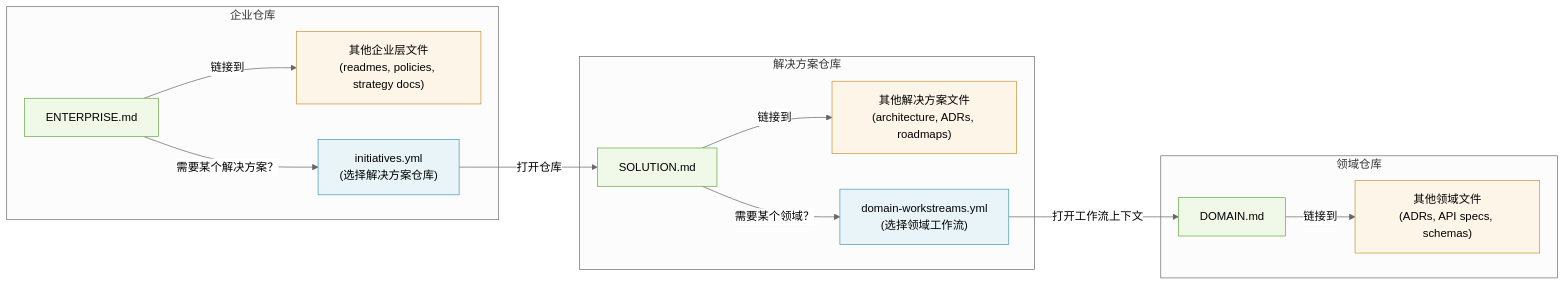
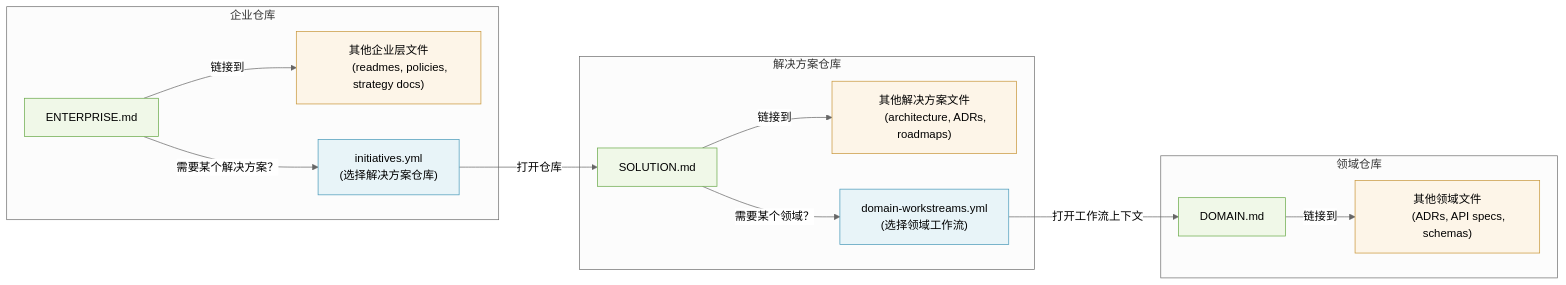
One commit to oopsyz/enterprise.md changed the diagram in enterprise_repo_convention.zh-CN.md. Above: the diagram before and after it, drawn with Mermaid (neutral theme). The commit also changed 1 other file, not shown here.

Commit message:
minor fix

````diff
--- a/enterprise_repo_convention.zh-CN.md
+++ b/enterprise_repo_convention.zh-CN.md
@@ -43,34 +43,39 @@
 ```mermaid
 flowchart LR
     subgraph ER["企业仓库"]
         EEntry["ENTERPRISE.md"]:::entry
-        ELocal["其他企业层文件\n(readmes, policies, strategy docs)"]:::artifact
-        ERoute["initiatives.yml\n(选择解决方案仓库)"]:::routing
+        ELocal["其他企业层文件
+        (readmes, policies, strategy docs)"]:::artifact
+        ERoute["initiatives.yml
+        (选择解决方案仓库)"]:::routing
 
         EEntry -->|"链接到"| ELocal
         EEntry -->|"需要某个解决方案？"| ERoute
     end
 
     subgraph SR["解决方案仓库"]
         SEntry["SOLUTION.md"]:::entry
-        SLocal["其他解决方案文件\n(architecture, ADRs, roadmaps)"]:::artifact
-        SRoute["domain-workstreams.yml\n(选择领域工作流)"]:::routing
+        SLocal["其他解决方案文件
+        (architecture, ADRs, roadmaps)"]:::artifact
+        SRoute["domain-workstreams.yml
+        (选择领域工作流)"]:::routing
 
         SEntry -->|"链接到"| SLocal
         SEntry -->|"需要某个领域？"| SRoute
     end
 
     subgraph DR["领域仓库"]
         DEntry["DOMAIN.md"]:::entry
-        DLocal["其他领域文件\n(ADRs, API specs, schemas)"]:::artifact
+        DLocal["其他领域文件
+        (ADRs, API specs, schemas)"]:::artifact
 
         DEntry -->|"链接到"| DLocal
     end
 
     ERoute -->|"打开仓库"| SEntry
     SRoute -->|"打开工作流上下文"| DEntry
 
     classDef routing fill:#e8f4f8,stroke:#4a9aba;
     classDef entry fill:#f0f8e8,stroke:#6aaa4a;
     classDef artifact fill:#fdf5e8,stroke:#c8963a;
 ```
````
